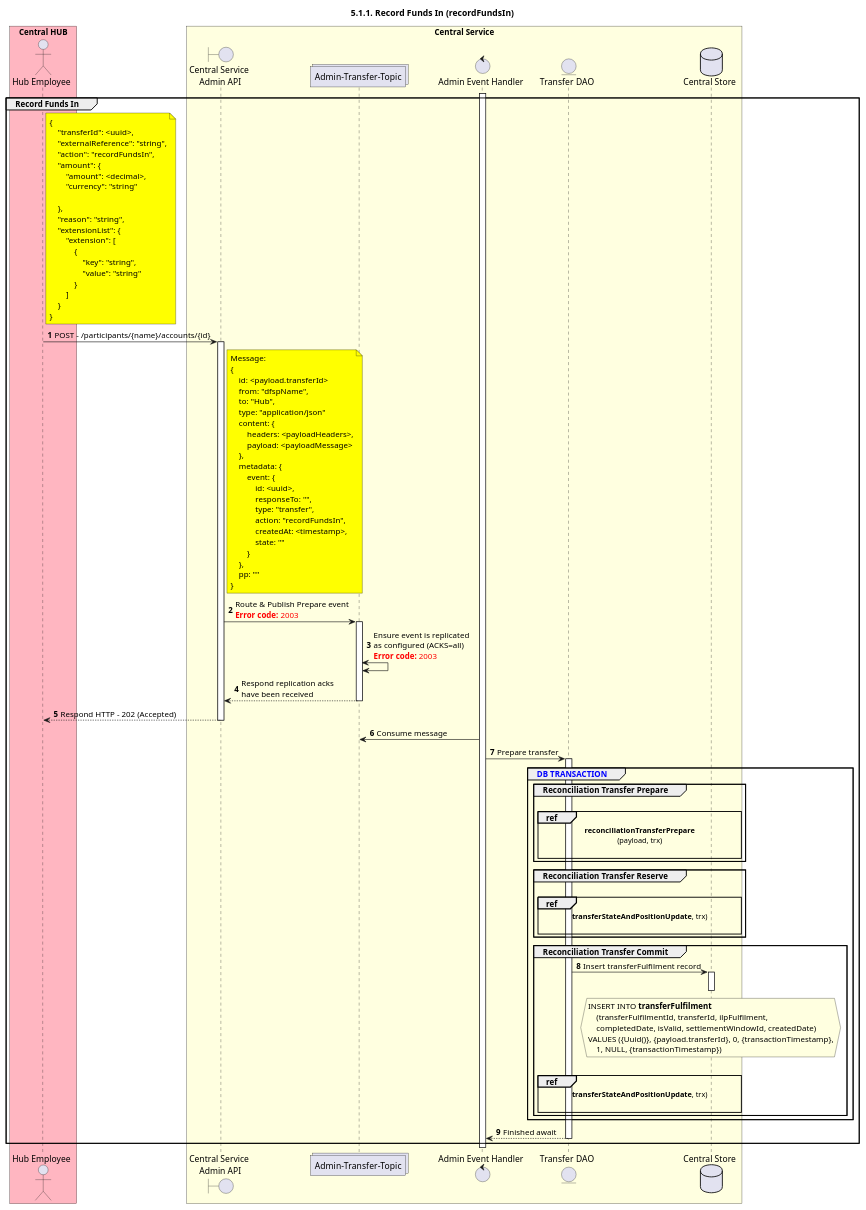
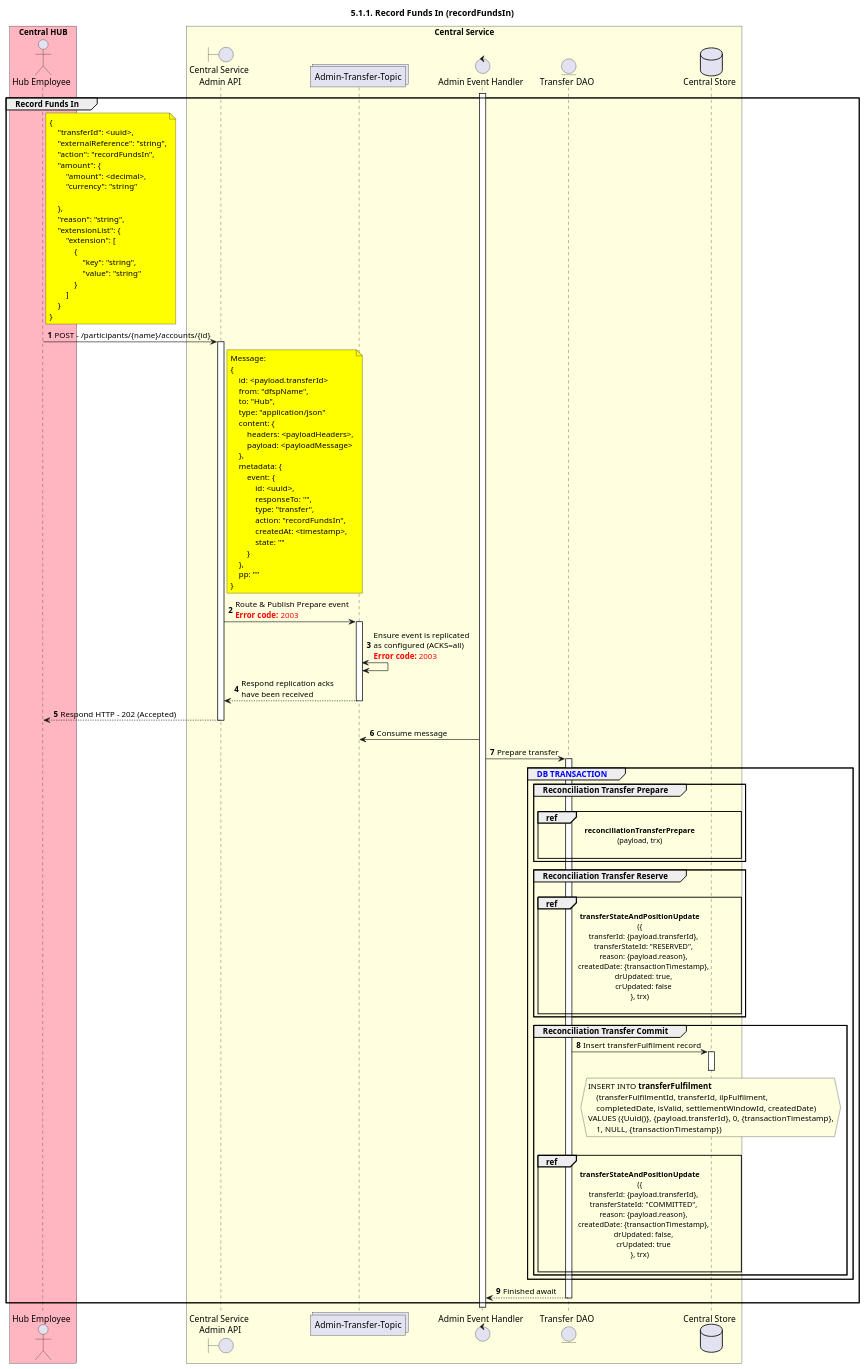
Before and after one commit to mojaloop/documentation: the diagram in mojaloop-technical-overview/central-settlements/funds-in-out/assets/diagrams/sequence/seq-recfunds-5.1.1-in.plantuml, drawn with PlantUML. The commit also changed 3 other files, not shown here.

```diff
--- a/mojaloop-technical-overview/central-settlements/funds-in-out/assets/diagrams/sequence/seq-recfunds-5.1.1-in.plantuml
+++ b/mojaloop-technical-overview/central-settlements/funds-in-out/assets/diagrams/sequence/seq-recfunds-5.1.1-in.plantuml
@@ -25,126 +25,126 @@
 @startuml
 ' declate title
 title 5.1.1. Record Funds In (recordFundsIn)
 
 autonumber
 
 ' Actor Keys:
 '   boundary - APIs/Interfaces, etc
 '   collections - Kafka Topics
 '   control - Kafka Consumers
 '   entity - Database Access Objects
 '   database - Database Persistance Store
 
 ' declare actors
 actor "Hub Employee" as OPERATOR
 boundary "Central Service\n Admin API" as CS_ADMIN_API
 collections "Admin-Transfer-Topic" as TOPIC_ADMIN_TRANSFER
 control "Admin Event Handler" as ADMIN_HANDLER
 entity "Transfer DAO" as TRANSFER_DAO
 database "Central Store" as DB
 
 box "Central HUB" #lightpink
     participant OPERATOR
 end box
 
 box "Central Service" #LightYellow
     participant CS_ADMIN_API
 	participant TOPIC_ADMIN_TRANSFER
     participant ADMIN_HANDLER
     participant TRANSFER_DAO
     participant DB
 end box
 
 ' start flow
 activate ADMIN_HANDLER
 group Record Funds In
     note right of OPERATOR #yellow
         {
             "transferId": <uuid>,
             "externalReference": "string",
             "action": "recordFundsIn",
             "amount": {
                 "amount": <decimal>,
                 "currency": "string"
 
             },
             "reason": "string",
             "extensionList": {
                 "extension": [
                     {
                         "key": "string",
                         "value": "string"
                     }
                 ]
             }
         }
     end note
     OPERATOR -> CS_ADMIN_API: POST - /participants/{name}/accounts/{id}
     activate CS_ADMIN_API
 
     note right of CS_ADMIN_API #yellow
         Message:
         {
             id: <payload.transferId>
             from: "dfspName",
             to: "Hub",
             type: "application/json"
             content: {
                 headers: <payloadHeaders>,
                 payload: <payloadMessage>
             },
             metadata: {
                 event: {
                     id: <uuid>,
                     responseTo: "",
                     type: "transfer",
                     action: "recordFundsIn",
                     createdAt: <timestamp>,
                     state: ""
                 }
             },
             pp: ""
         }
     end note
     CS_ADMIN_API -> TOPIC_ADMIN_TRANSFER: Route & Publish Prepare event\n<color #FF0000><b>Error code:</b> 2003</color>
     activate TOPIC_ADMIN_TRANSFER
     TOPIC_ADMIN_TRANSFER <-> TOPIC_ADMIN_TRANSFER: Ensure event is replicated\nas configured (ACKS=all)\n<color #FF0000><b>Error code:</b> 2003</color>
     TOPIC_ADMIN_TRANSFER --> CS_ADMIN_API: Respond replication acks\nhave been received
     deactivate TOPIC_ADMIN_TRANSFER
     CS_ADMIN_API ---> OPERATOR: Respond HTTP - 202 (Accepted)
     deactivate CS_ADMIN_API
 
     TOPIC_ADMIN_TRANSFER <- ADMIN_HANDLER: Consume message
     ADMIN_HANDLER -> TRANSFER_DAO: Prepare transfer
     activate TRANSFER_DAO
     group <color #blue>DB TRANSACTION</color>
         group Reconciliation Transfer Prepare
             |||
             ref over TRANSFER_DAO, DB:**reconciliationTransferPrepare**\n(payload, trx)\n
         end
 
         group Reconciliation Transfer Reserve
             |||
-            ref over TRANSFER_DAO, DB:**transferStateAndPositionUpdate**, trx)\n
+            ref over TRANSFER_DAO, DB: **transferStateAndPositionUpdate**\n({\n    transferId: {payload.transferId},\n    transferStateId: "RESERVED",\n    reason: {payload.reason},\n    createdDate: {transactionTimestamp},\n    drUpdated: true,\n    crUpdated: false\n}, trx)\n
         end
 
         group Reconciliation Transfer Commit
             TRANSFER_DAO -> DB: Insert transferFulfilment record
             activate DB
             deactivate DB
             hnote over DB #lightyellow
                 INSERT INTO **transferFulfilment**
                     (transferFulfilmentId, transferId, ilpFulfilment,
                     completedDate, isValid, settlementWindowId, createdDate)
                 VALUES ({Uuid()}, {payload.transferId}, 0, {transactionTimestamp},
                     1, NULL, {transactionTimestamp})
             end hnote
             |||
-            ref over TRANSFER_DAO, DB:**transferStateAndPositionUpdate**, trx)\n
+            ref over TRANSFER_DAO, DB:**transferStateAndPositionUpdate**\n({\n    transferId: {payload.transferId},\n    transferStateId: "COMMITTED",\n    reason: {payload.reason},\n    createdDate: {transactionTimestamp},\n    drUpdated: false,\n    crUpdated: true\n}, trx)\n
         end
     end
     ADMIN_HANDLER <-- TRANSFER_DAO: Finished await
     deactivate TRANSFER_DAO
 end
 deactivate ADMIN_HANDLER
 @enduml
```
